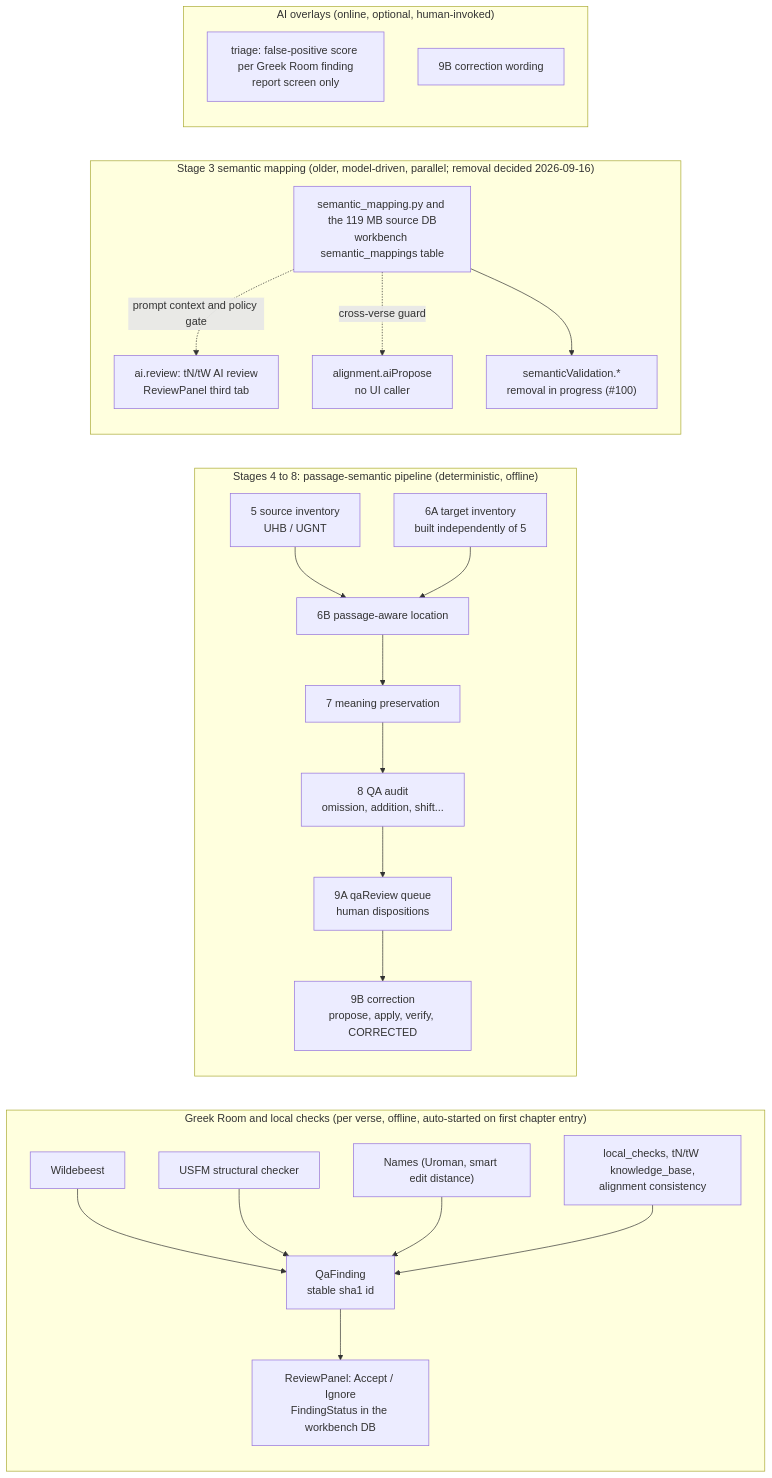
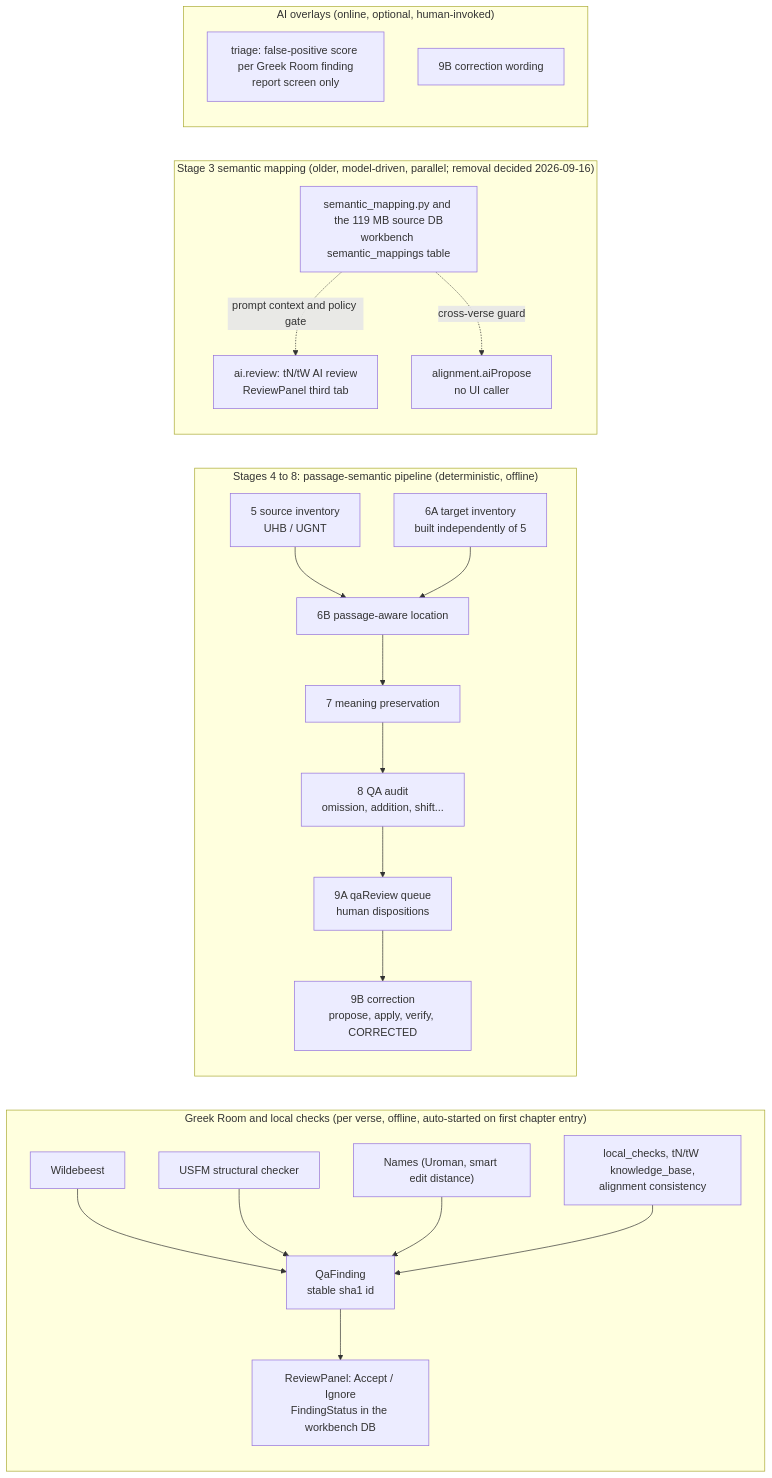
One commit to RevantCI/bridge changed the third of 4 diagrams in docs/ARCHITECTURE.md. Above: the diagram before and after it, drawn with Mermaid. The commit also changed other lines of this file, not shown here.

First line of the commit message:
docs(architecture): the semantic validation queue is removed, not in progress (#100)

````diff
--- a/docs/ARCHITECTURE.md
+++ b/docs/ARCHITECTURE.md
@@ -127,27 +127,26 @@
 ```mermaid
 flowchart LR
   subgraph GRq["Greek Room and local checks (per verse, offline, auto-started on first chapter entry)"]
     W["Wildebeest"] --> F
     U["USFM structural checker"] --> F
     N["Names (Uroman, smart edit distance)"] --> F
     L["local_checks, tN/tW knowledge_base,<br/>alignment consistency"] --> F
     F["QaFinding<br/>stable sha1 id"] --> RP["ReviewPanel: Accept / Ignore<br/>FindingStatus in the workbench DB"]
   end
   subgraph S58["Stages 4 to 8: passage-semantic pipeline (deterministic, offline)"]
     S5["5 source inventory<br/>UHB / UGNT"] --> S6B
     S6A["6A target inventory<br/>built independently of 5"] --> S6B
     S6B["6B passage-aware location"] --> S7["7 meaning preservation"] --> S8["8 QA audit<br/>omission, addition, shift..."]
     S8 --> S9A["9A qaReview queue<br/>human dispositions"] --> S9B["9B correction<br/>propose, apply, verify, CORRECTED"]
   end
   subgraph S3["Stage 3 semantic mapping (older, model-driven, parallel; removal decided 2026-09-16)"]
     S3m["semantic_mapping.py and the 119 MB source DB<br/>workbench semantic_mappings table"]
     S3m -. "prompt context and policy gate" .-> AIR
     S3m -. "cross-verse guard" .-> AAP["alignment.aiPropose<br/>no UI caller"]
-    S3m --> SV["semanticValidation.*<br/>removal in progress (#100)"]
   end
   subgraph Overlay["AI overlays (online, optional, human-invoked)"]
     TR["triage: false-positive score per Greek Room finding<br/>report screen only"]
     AIR["ai.review: tN/tW AI review<br/>ReviewPanel third tab"]
     CP["9B correction wording"]
   end
 ```
````
